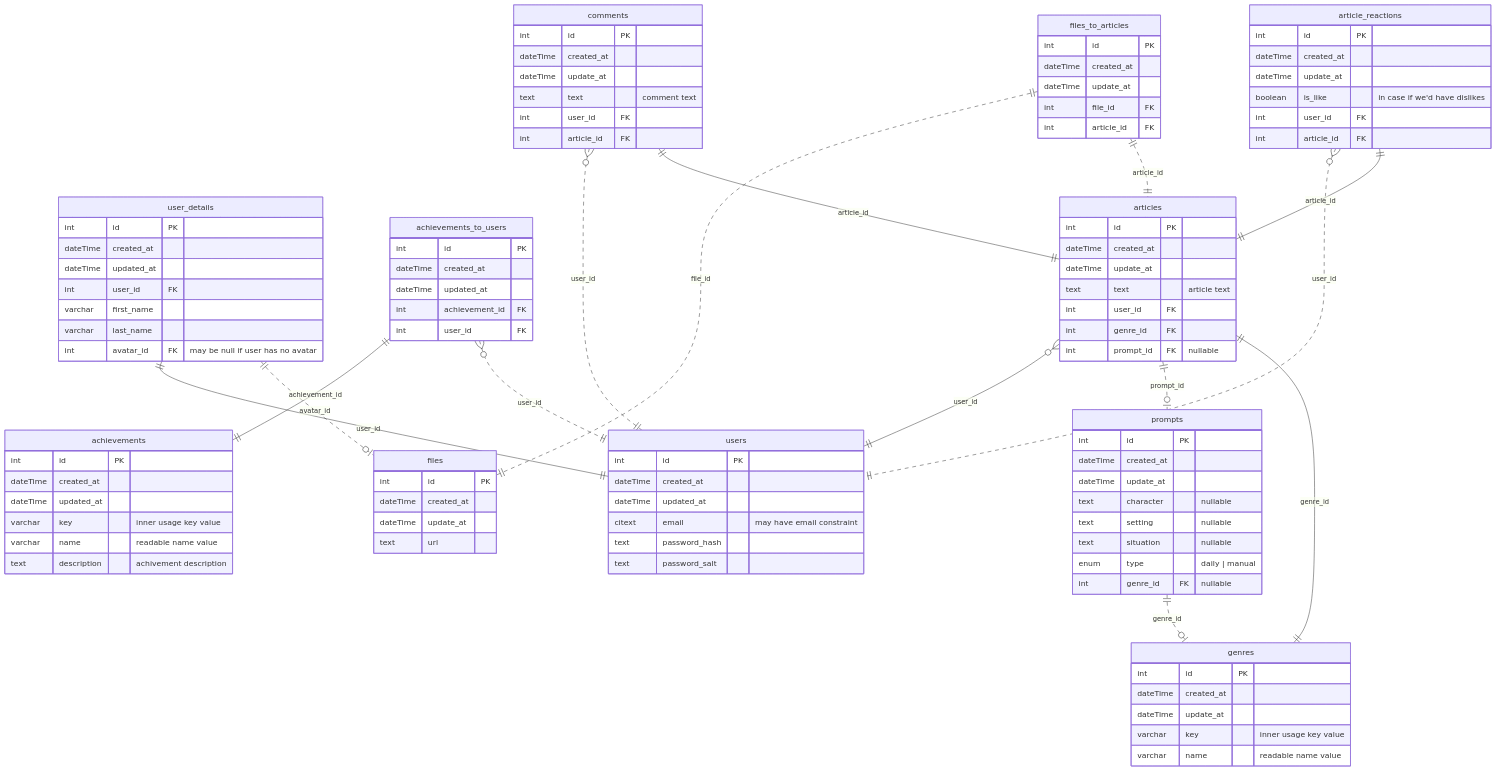
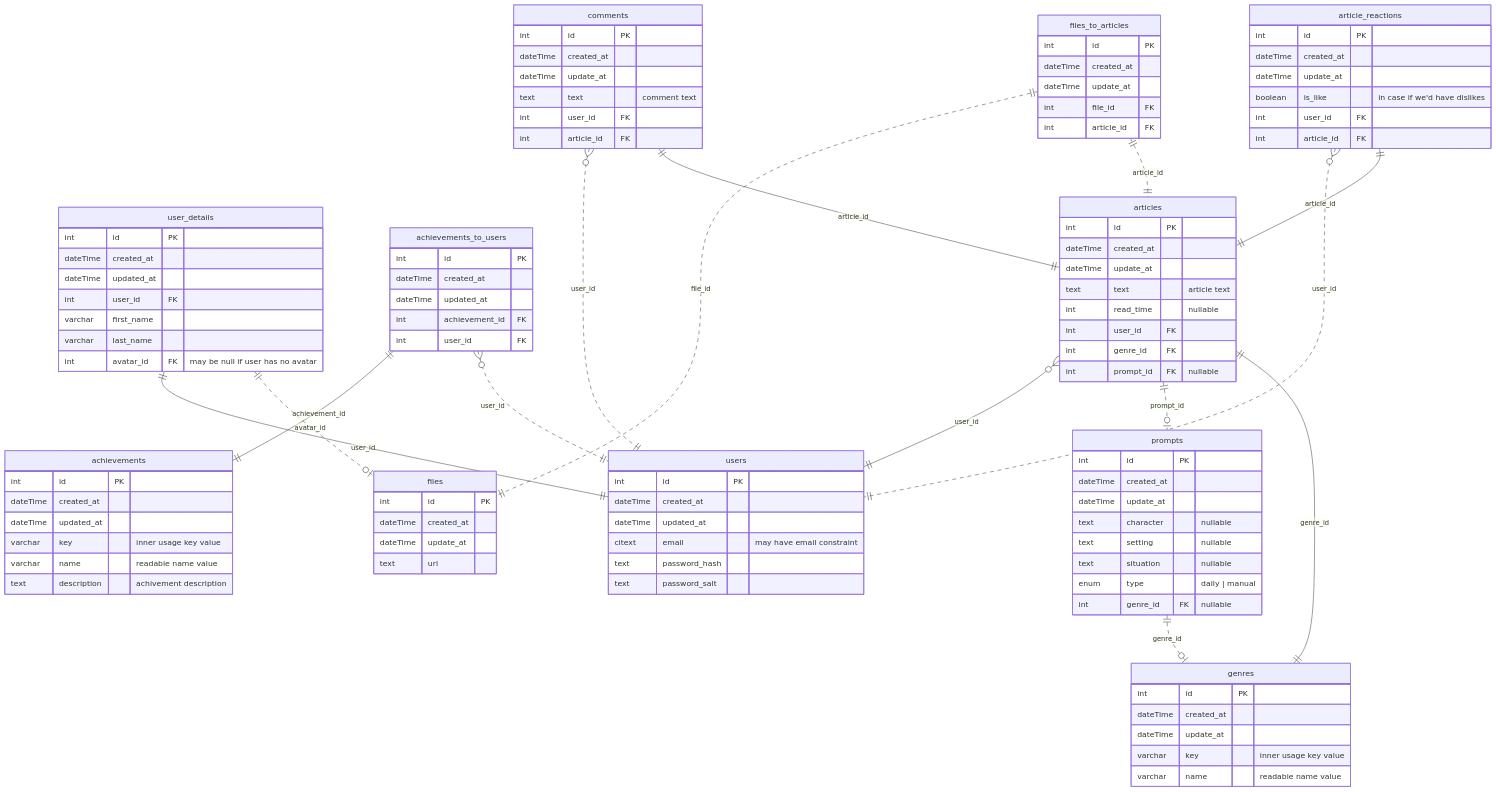
Before and after one commit to BinaryStudioAcademy/bsa-2023-writorium: the diagram in readme.md, drawn with Mermaid.

Commit message:
wr-193: + read_time column to db schema

```diff
--- a/readme.md
+++ b/readme.md
@@ -127,6 +127,7 @@
     dateTime created_at
     dateTime update_at
     text text "article text"
+    int read_time "nullable"
     int user_id FK
     int genre_id FK
     int prompt_id FK "nullable"
```
